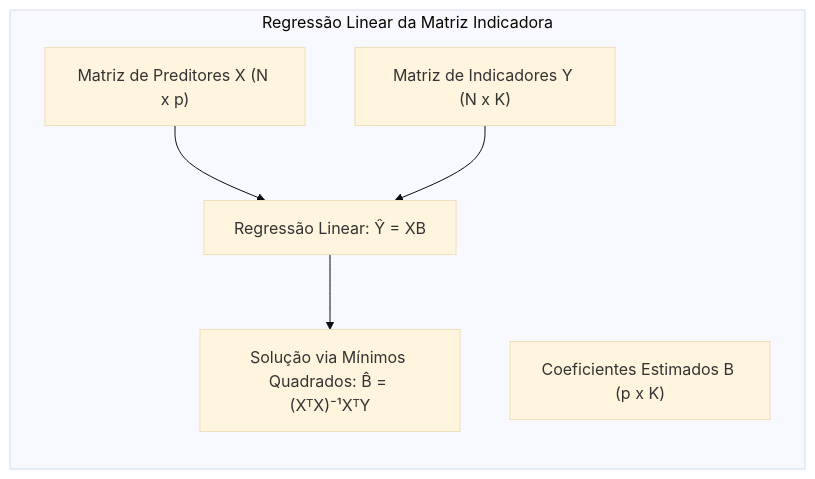
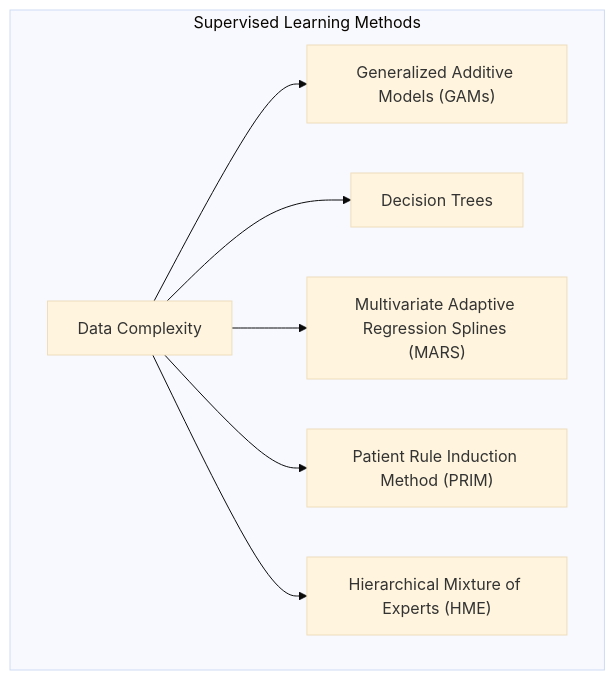
One commit to diegomrodrigues/statistical_learning_notes changed the first of 7 diagrams in 03. Additive Models/01. Generalized Additive Models/02. Mathematical Representation.md. Above: the diagram before and after it, drawn with Mermaid (base theme). The commit also changed other lines of this file and 228 other files, not shown here.

````diff
--- a/03. Additive Models/01. Generalized Additive Models/02. Mathematical Representation.md
+++ b/03. Additive Models/01. Generalized Additive Models/02. Mathematical Representation.md
@@ -48,14 +3,10 @@
 ```mermaid
-graph LR
-    subgraph "Regressão Linear da Matriz Indicadora"
-    direction TB
-        A["Matriz de Preditores X (N x p)"]
-        B["Matriz de Indicadores Y (N x K)"]
-        C["Coeficientes Estimados B (p x K)"]
-        D["Regressão Linear:  Ŷ = XB"]
-        E["Solução via Mínimos Quadrados: B̂ = (XᵀX)⁻¹XᵀY"]
-        A --> D
-        B --> D
-        D --> E
+flowchart TD
+    subgraph "Supervised Learning Methods"
+        A["Data Complexity"] --> B["Generalized Additive Models (GAMs)"]
+        A --> C["Decision Trees"]
+        A --> D["Multivariate Adaptive Regression Splines (MARS)"]
+        A --> E["Patient Rule Induction Method (PRIM)"]
+        A --> F["Hierarchical Mixture of Experts (HME)"]
     end
 ```
````
